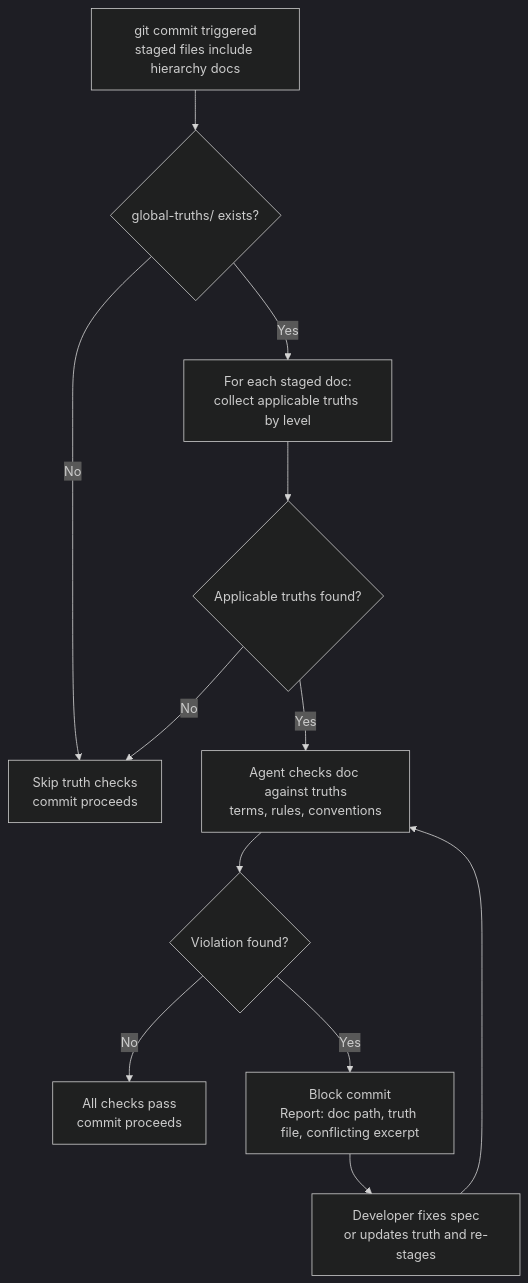
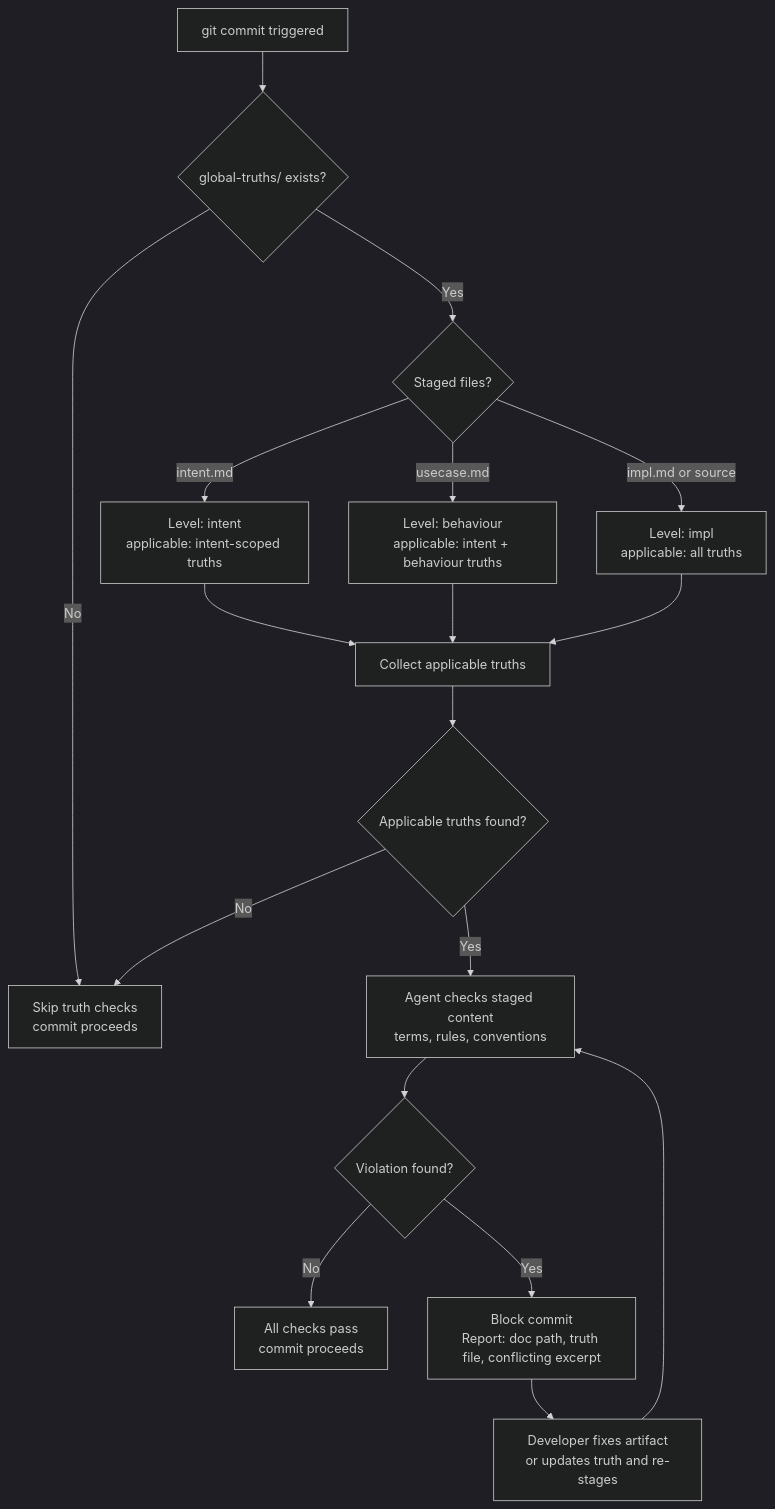
One commit to imix/taproot changed the diagram in taproot/global-truths/enforce-truths-at-commit/usecase.md. Above: the diagram before and after it, drawn with Mermaid (dark theme). The commit also changed other lines of this file and 1 other file, not shown here.

Commit message:
refine: extend enforce-truths-at-commit to cover all commit levels automatically

````diff
--- a/taproot/global-truths/enforce-truths-at-commit/usecase.md
+++ b/taproot/global-truths/enforce-truths-at-commit/usecase.md
@@ -67,14 +79,20 @@
 ```mermaid
 flowchart TD
-    A[git commit triggered\nstaged files include hierarchy docs] --> B{global-truths/ exists?}
+    A[git commit triggered] --> B{global-truths/ exists?}
     B -->|No| C[Skip truth checks\ncommit proceeds]
-    B -->|Yes| D[For each staged doc:\ncollect applicable truths by level]
+    B -->|Yes| L{Staged files?}
+    L -->|intent.md| M[Level: intent\napplicable: intent-scoped truths]
+    L -->|usecase.md| N[Level: behaviour\napplicable: intent + behaviour truths]
+    L -->|impl.md or source| O[Level: impl\napplicable: all truths]
+    M --> D[Collect applicable truths]
+    N --> D
+    O --> D
     D --> E{Applicable truths found?}
     E -->|No| C
-    E -->|Yes| F[Agent checks doc against truths\nterms, rules, conventions]
+    E -->|Yes| F[Agent checks staged content\nterms, rules, conventions]
     F --> G{Violation found?}
     G -->|No| H[All checks pass\ncommit proceeds]
     G -->|Yes| I[Block commit\nReport: doc path, truth file, conflicting excerpt]
-    I --> J[Developer fixes spec\nor updates truth and re-stages]
+    I --> J[Developer fixes artifact\nor updates truth and re-stages]
     J --> F
 ```
````
